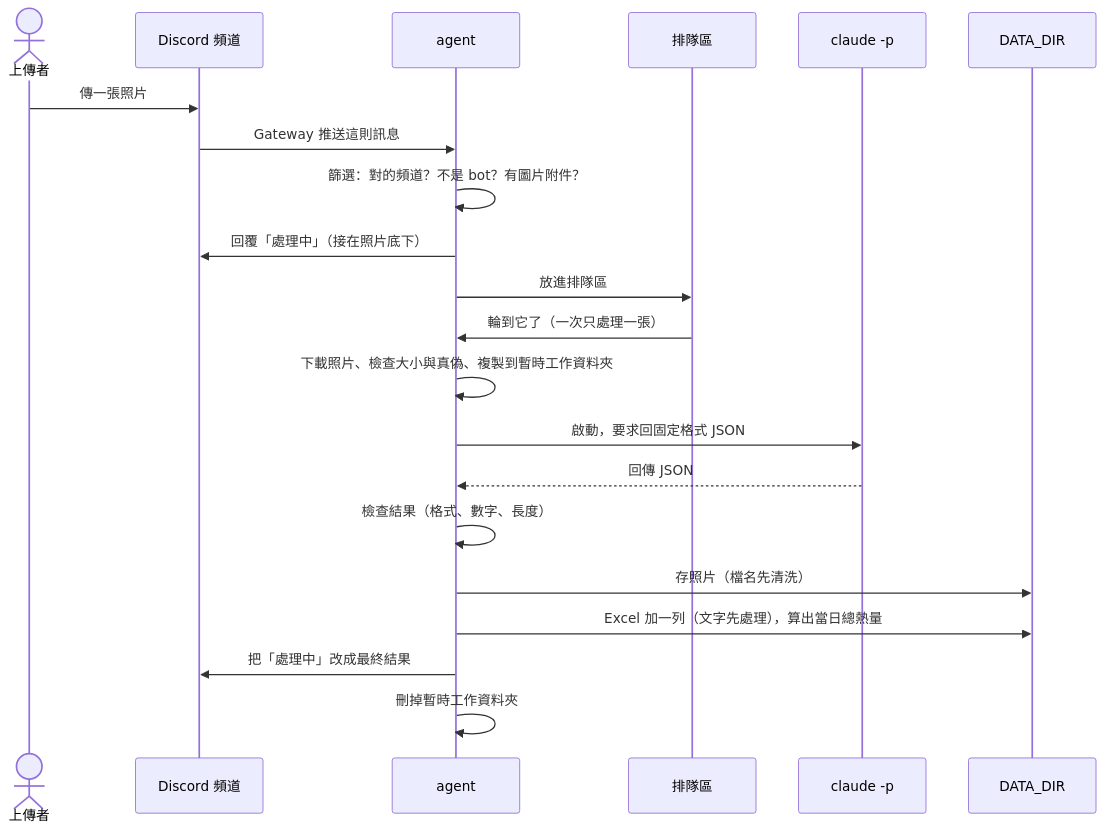
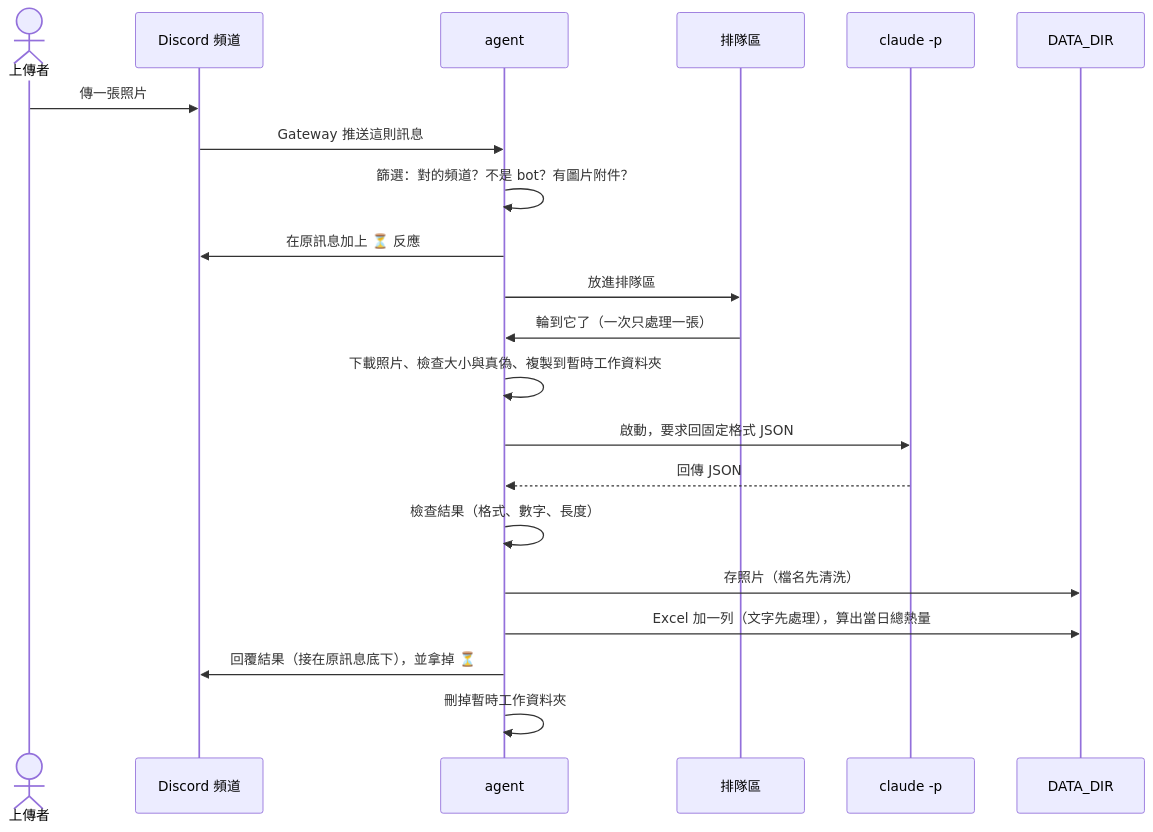
One commit to 411332052-spec/ch4 changed the second of 3 diagrams in docs/architecture.md. Above: the diagram before and after it, drawn with Mermaid. The commit also changed other lines of this file and 27 other files, not shown here.

````diff
--- a/docs/architecture.md
+++ b/docs/architecture.md
@@ -123,24 +128,24 @@
 ```mermaid
 sequenceDiagram
     actor U as 上傳者
     participant D as Discord 頻道
     participant A as agent
     participant Q as 排隊區
     participant CP as claude -p
     participant F as DATA_DIR
 
     U->>D: 傳一張照片
     D->>A: Gateway 推送這則訊息
     A->>A: 篩選：對的頻道？不是 bot？有圖片附件？
-    A->>D: 回覆「處理中」（接在照片底下）
+    A->>D: 在原訊息加上 ⏳ 反應
     A->>Q: 放進排隊區
     Q->>A: 輪到它了（一次只處理一張）
     A->>A: 下載照片、檢查大小與真偽、複製到暫時工作資料夾
     A->>CP: 啟動，要求回固定格式 JSON
     CP-->>A: 回傳 JSON
     A->>A: 檢查結果（格式、數字、長度）
     A->>F: 存照片（檔名先清洗）
     A->>F: Excel 加一列（文字先處理），算出當日總熱量
-    A->>D: 把「處理中」改成最終結果
+    A->>D: 回覆結果（接在原訊息底下），並拿掉 ⏳
     A->>A: 刪掉暫時工作資料夾
 ```
````
